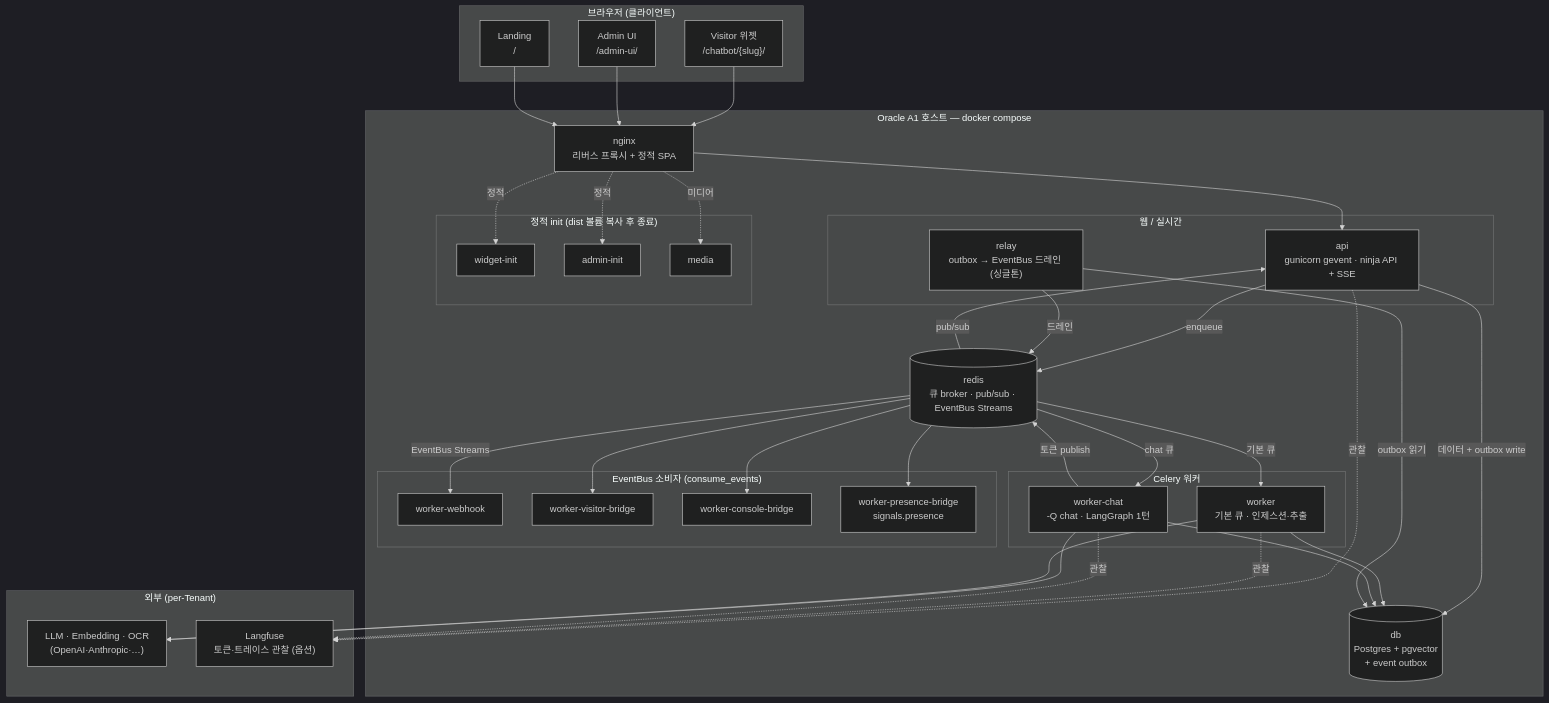
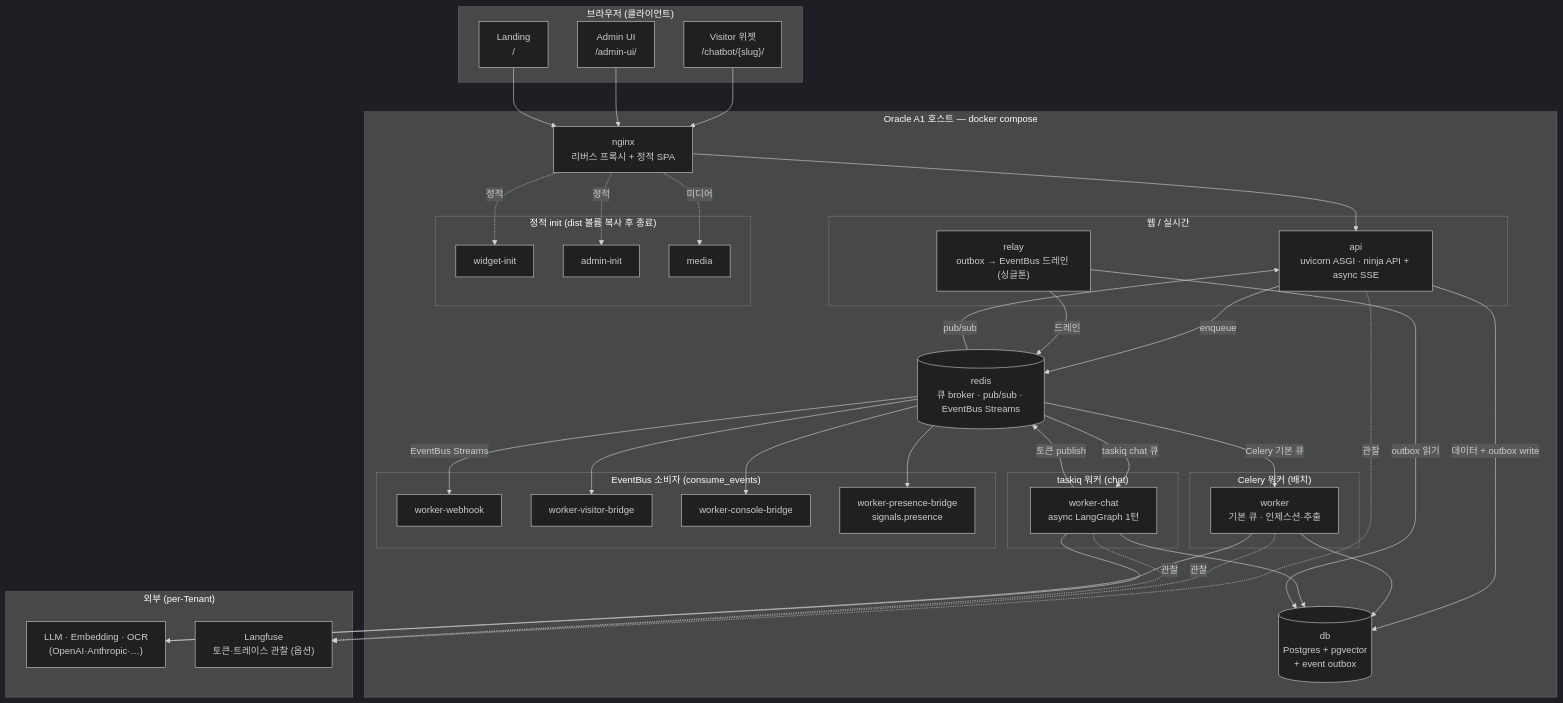
The first of 4 diagrams in docs/architecture.md (sandcorporation/embed-chat), drawn with Mermaid (dark theme) before and after one commit. The commit also changed other lines of this file and 3 other files, not shown here.

First line of the commit message:
docs(async): uvicorn/taskiq 전환 반영 — README·아키텍처·배포 (issue 196)

````diff
--- a/docs/architecture.md
+++ b/docs/architecture.md
@@ -11,73 +11,76 @@
 ```mermaid
 flowchart TB
   subgraph browser["브라우저 (클라이언트)"]
     visitor["Visitor 위젯<br/>/chatbot/{slug}/"]
     admin["Admin UI<br/>/admin-ui/"]
     landing["Landing<br/>/"]
   end
 
   subgraph a1["Oracle A1 호스트 — docker compose"]
     nginx["nginx<br/>리버스 프록시 + 정적 SPA"]
 
     subgraph web["웹 / 실시간"]
-      api["api<br/>gunicorn gevent · ninja API + SSE"]
+      api["api<br/>uvicorn ASGI · ninja API + async SSE"]
       relay["relay<br/>outbox → EventBus 드레인 (싱글톤)"]
     end
 
-    subgraph cworkers["Celery 워커"]
+    subgraph cworkers["Celery 워커 (배치)"]
       worker["worker<br/>기본 큐 · 인제스션·추출"]
-      workerchat["worker-chat<br/>-Q chat · LangGraph 1턴"]
+    end
+
+    subgraph tworkers["taskiq 워커 (chat)"]
+      workerchat["worker-chat<br/>async LangGraph 1턴"]
     end
 
     subgraph consumers["EventBus 소비자 (consume_events)"]
       webhook["worker-webhook"]
       vbridge["worker-visitor-bridge"]
       cbridge["worker-console-bridge"]
       pbridge["worker-presence-bridge<br/>signals.presence"]
     end
 
     subgraph sinit["정적 init (dist 볼륨 복사 후 종료)"]
       winit["widget-init"]
       ainit["admin-init"]
       media["media"]
     end
 
     db[("db<br/>Postgres + pgvector<br/>+ event outbox")]
     redis[("redis<br/>큐 broker · pub/sub · EventBus Streams")]
   end
 
   subgraph ext["외부 (per-Tenant)"]
     providers["LLM · Embedding · OCR<br/>(OpenAI·Anthropic·…)"]
     langfuse["Langfuse<br/>토큰·트레이스 관찰 (옵션)"]
   end
 
   visitor --> nginx
   admin --> nginx
   landing --> nginx
   nginx --> api
   nginx -. 정적 .-> winit
   nginx -. 정적 .-> ainit
   nginx -. 미디어 .-> media
 
   api -->|enqueue| redis
-  redis -->|chat 큐| workerchat
-  redis -->|기본 큐| worker
+  redis -->|taskiq chat 큐| workerchat
+  redis -->|Celery 기본 큐| worker
   workerchat -->|토큰 publish| redis
   redis -->|pub/sub| api
 
   api -->|데이터 + outbox write| db
   worker --> db
   workerchat --> db
   relay -->|outbox 읽기| db
   relay -->|드레인| redis
   redis -->|EventBus Streams| webhook
   redis --> vbridge
   redis --> cbridge
   redis --> pbridge
 
   workerchat --> providers
   worker --> providers
   api -. 관찰 .-> langfuse
   worker -. 관찰 .-> langfuse
   workerchat -. 관찰 .-> langfuse
 ```
````
